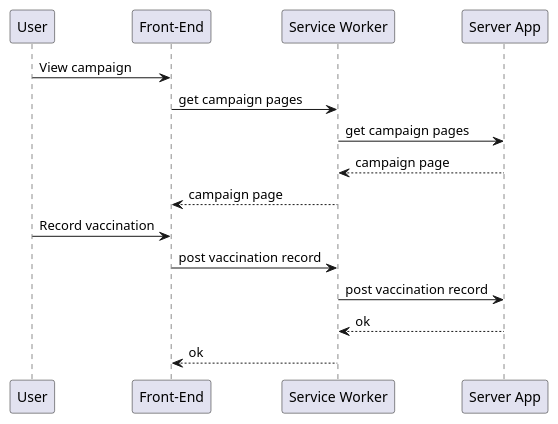
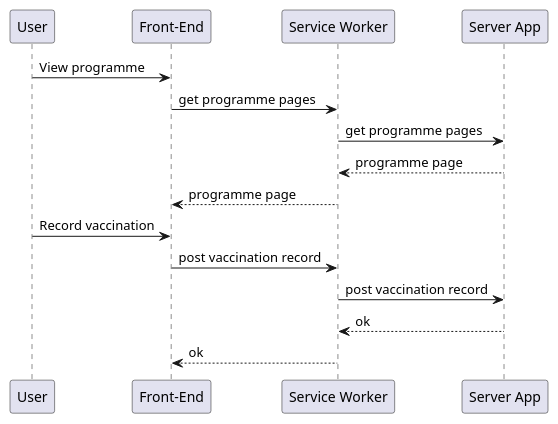
The diagram in docs/diagrams/working-online-sequence-diagram.puml (nhsuk/manage-vaccinations-in-schools), drawn with PlantUML before and after one commit. The commit also changed 180 other files, not shown here.

```diff
--- a/docs/diagrams/working-online-sequence-diagram.puml
+++ b/docs/diagrams/working-online-sequence-diagram.puml
@@ -1,20 +1,20 @@
 @startuml
 
 participant "User" as user
 participant "Front-End" as frontend
 participant "Service Worker" as sw
 participant "Server App" as server
 
-user -> frontend: View campaign
-frontend -> sw: get campaign pages
-sw -> server: get campaign pages
-sw <-- server: campaign page
-frontend <-- sw: campaign page
+user -> frontend: View programme
+frontend -> sw: get programme pages
+sw -> server: get programme pages
+sw <-- server: programme page
+frontend <-- sw: programme page
 
 user -> frontend: Record vaccination
 frontend -> sw: post vaccination record
 sw -> server: post vaccination record
 sw <-- server: ok
 frontend <-- sw: ok
 
 @enduml
```
